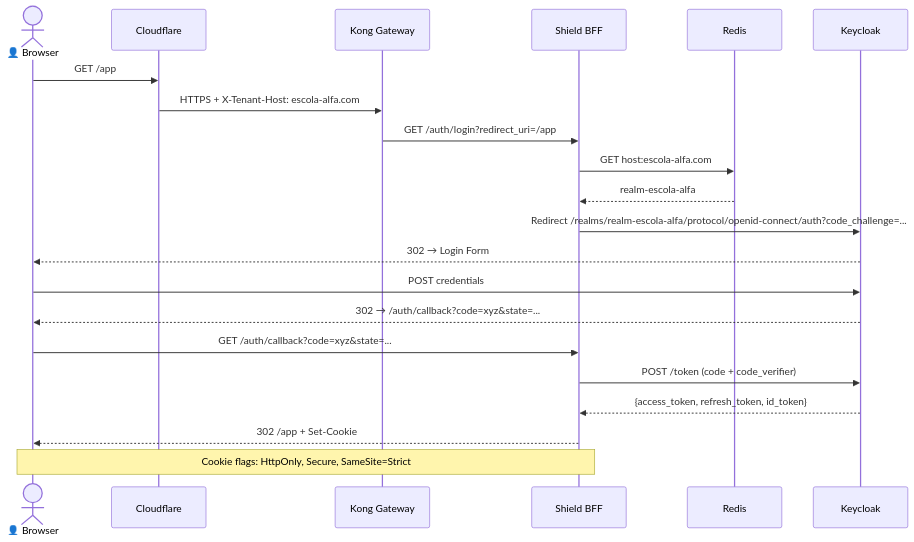
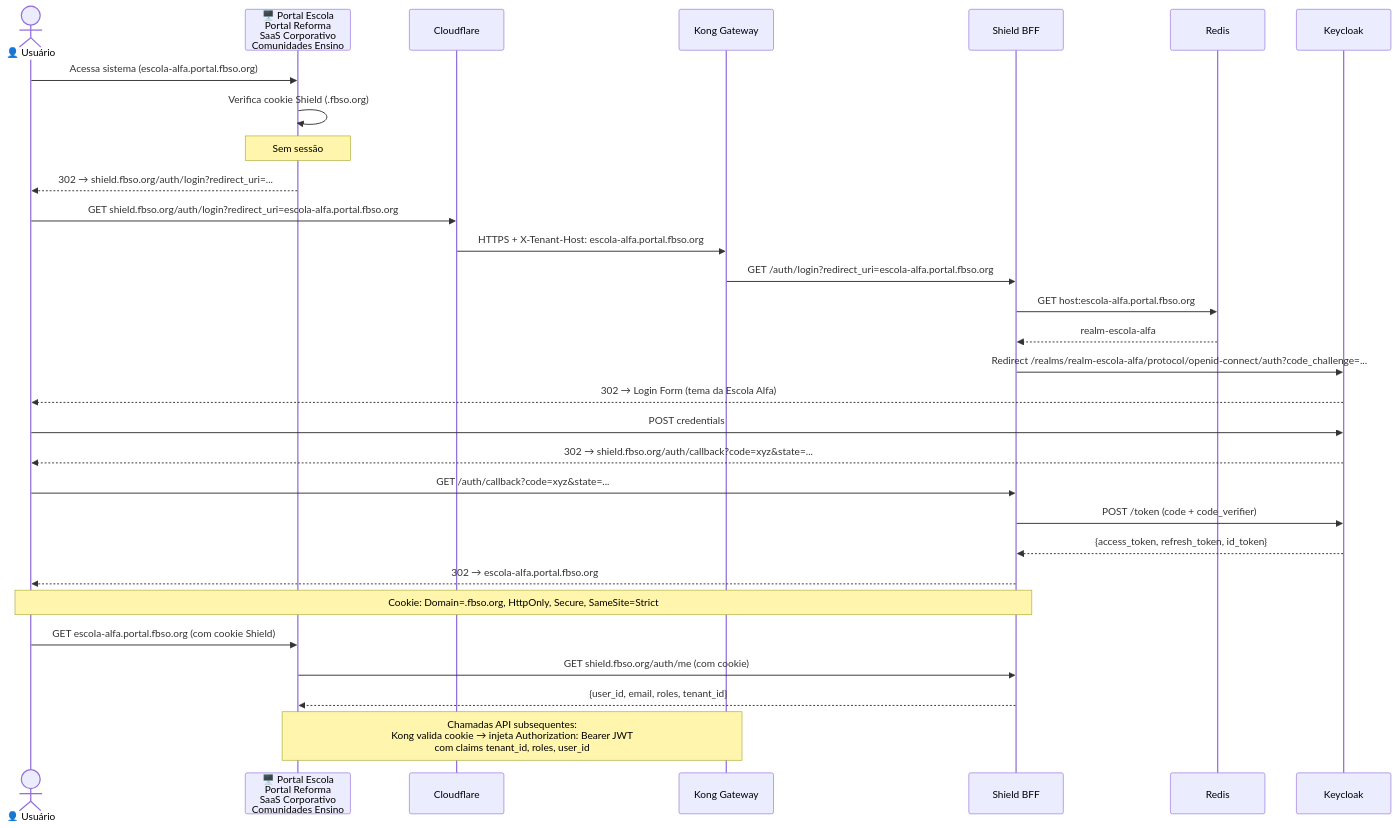
One commit to bolismar69/workspace-fbso changed the sixth of 7 diagrams in business-inputs/business-projects/PRJ-TEC-2026-0004-PROJETO-SHIELD/11-HLD-PRJ-TEC-2026-0004-PROJETO-SHIELD.md. Above: the diagram before and after it, drawn with Mermaid. The commit also changed other lines of this file and 3 other files, not shown here.

First line of the commit message:
docs: adicionar contrato de integracao Shield x Sistemas Existentes + fix Mermaid Notes

````diff
--- a/business-inputs/business-projects/PRJ-TEC-2026-0004-PROJETO-SHIELD/11-HLD-PRJ-TEC-2026-0004-PROJETO-SHIELD.md
+++ b/business-inputs/business-projects/PRJ-TEC-2026-0004-PROJETO-SHIELD/11-HLD-PRJ-TEC-2026-0004-PROJETO-SHIELD.md
@@ -185,29 +185,41 @@
 ```mermaid
 sequenceDiagram
-    actor User as 👤 Browser
+    actor User as 👤 Usuário
+    participant Sys as 🖥️ Portal Escola<br/>Portal Reforma<br/>SaaS Corporativo<br/>Comunidades Ensino
     participant CF as Cloudflare
     participant Kong as Kong Gateway
     participant BFF as Shield BFF
     participant Redis as Redis
     participant KC as Keycloak
 
-    User->>CF: GET /app
-    CF->>Kong: HTTPS + X-Tenant-Host: escola-alfa.com
-    Kong->>BFF: GET /auth/login?redirect_uri=/app
+    User->>Sys: Acessa sistema (escola-alfa.portal.fbso.org)
+    Sys->>Sys: Verifica cookie Shield (.fbso.org)
+    Note over Sys: Sem sessão
+    Sys-->>User: 302 → shield.fbso.org/auth/login?redirect_uri=...
 
-    BFF->>Redis: GET host:escola-alfa.com
+    User->>CF: GET shield.fbso.org/auth/login?redirect_uri=escola-alfa.portal.fbso.org
+    CF->>Kong: HTTPS + X-Tenant-Host: escola-alfa.portal.fbso.org
+    Kong->>BFF: GET /auth/login?redirect_uri=escola-alfa.portal.fbso.org
+
+    BFF->>Redis: GET host:escola-alfa.portal.fbso.org
     Redis-->>BFF: realm-escola-alfa
 
     BFF->>KC: Redirect /realms/realm-escola-alfa/protocol/openid-connect/auth?code_challenge=...
-    KC-->>User: 302 → Login Form
+    KC-->>User: 302 → Login Form (tema da Escola Alfa)
 
     User->>KC: POST credentials
-    KC-->>User: 302 → /auth/callback?code=xyz&state=...
+    KC-->>User: 302 → shield.fbso.org/auth/callback?code=xyz&state=...
 
     User->>BFF: GET /auth/callback?code=xyz&state=...
     BFF->>KC: POST /token (code + code_verifier)
     KC-->>BFF: {access_token, refresh_token, id_token}
 
-    BFF-->>User: 302 /app + Set-Cookie
-    Note over BFF,User: Cookie flags: HttpOnly, Secure, SameSite=Strict
+    BFF-->>User: 302 → escola-alfa.portal.fbso.org
+    Note over BFF,User: Cookie: Domain=.fbso.org, HttpOnly, Secure, SameSite=Strict
+
+    User->>Sys: GET escola-alfa.portal.fbso.org (com cookie Shield)
+    Sys->>BFF: GET shield.fbso.org/auth/me (com cookie)
+    BFF-->>Sys: {user_id, email, roles, tenant_id}
+
+    Note over Sys,Kong: Chamadas API subsequentes:<br/>Kong valida cookie → injeta Authorization: Bearer JWT<br/>com claims tenant_id, roles, user_id
 ```
````
